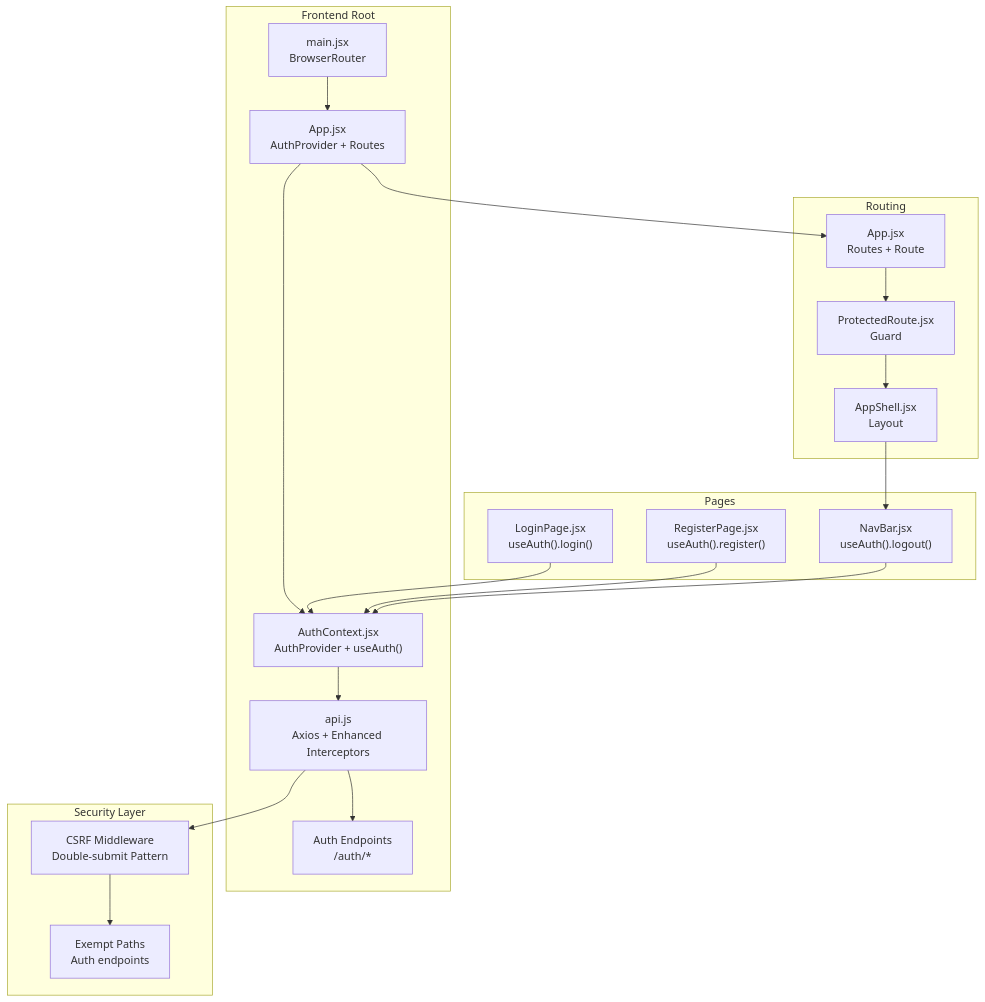
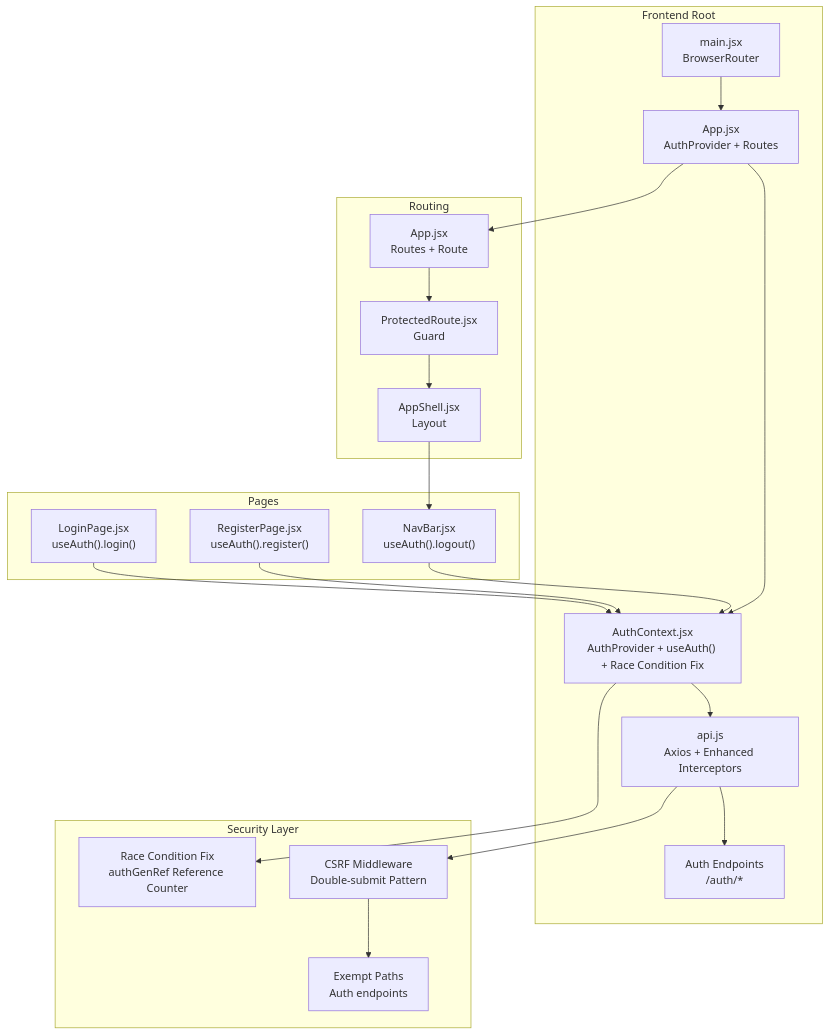
The first of 11 diagrams in .qoder/repowiki/en/content/Authentication & Authorization/Frontend Authentication Context.md (Revanththetalogics/aireume), drawn with Mermaid before and after one commit. The commit also changed other lines of this file and 27 other files, not shown here.

````diff
--- a/.qoder/repowiki/en/content/Authentication & Authorization/Frontend Authentication Context.md
+++ b/.qoder/repowiki/en/content/Authentication & Authorization/Frontend Authentication Context.md
@@ -44,37 +47,39 @@
 ```mermaid
 graph TB
 subgraph "Frontend Root"
 MAIN["main.jsx<br/>BrowserRouter"]
 APP["App.jsx<br/>AuthProvider + Routes"]
-AUTH["AuthContext.jsx<br/>AuthProvider + useAuth()"]
+AUTH["AuthContext.jsx<br/>AuthProvider + useAuth() + Race Condition Fix"]
 API["api.js<br/>Axios + Enhanced Interceptors"]
 ENDPOINTS["Auth Endpoints<br/>/auth/*"]
 end
 subgraph "Routing"
 ROUTES["App.jsx<br/>Routes + Route"]
 PROTECT["ProtectedRoute.jsx<br/>Guard"]
 SHELL["AppShell.jsx<br/>Layout"]
 end
 subgraph "Pages"
 LOGIN["LoginPage.jsx<br/>useAuth().login()"]
 REGISTER["RegisterPage.jsx<br/>useAuth().register()"]
 NAV["NavBar.jsx<br/>useAuth().logout()"]
 end
 subgraph "Security Layer"
 CSRF["CSRF Middleware<br/>Double-submit Pattern"]
 EXEMPT["Exempt Paths<br/>Auth endpoints"]
+RACE["Race Condition Fix<br/>authGenRef Reference Counter"]
 end
 MAIN --> APP
 APP --> AUTH
 APP --> ROUTES
 ROUTES --> PROTECT
 PROTECT --> SHELL
 SHELL --> NAV
 LOGIN --> AUTH
 REGISTER --> AUTH
 NAV --> AUTH
 AUTH --> API
 API --> ENDPOINTS
 API --> CSRF
 CSRF --> EXEMPT
+AUTH --> RACE
 ```
````
